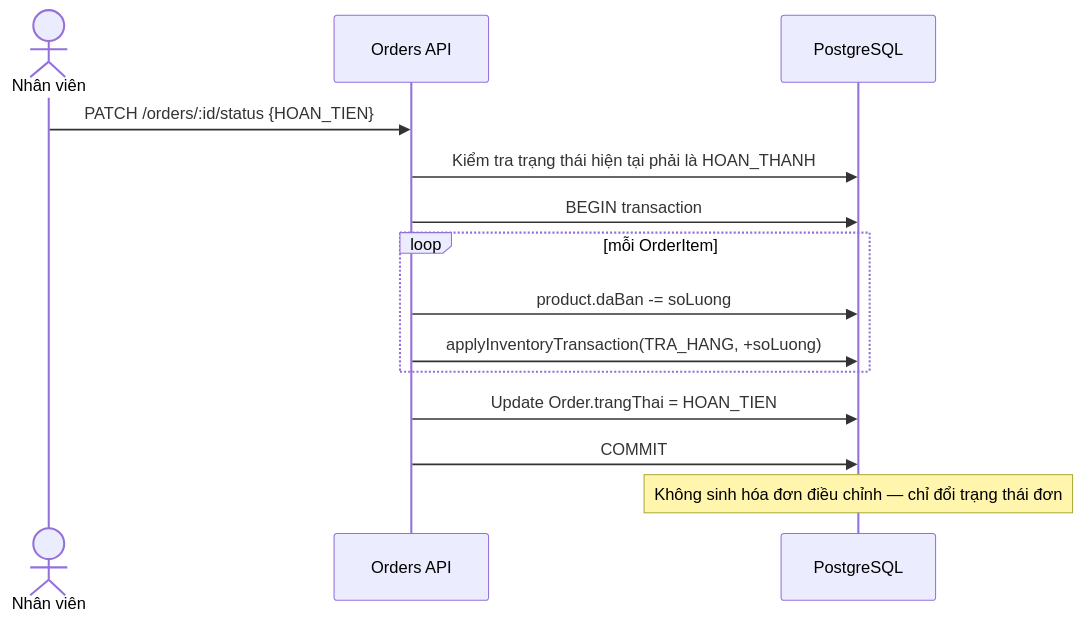
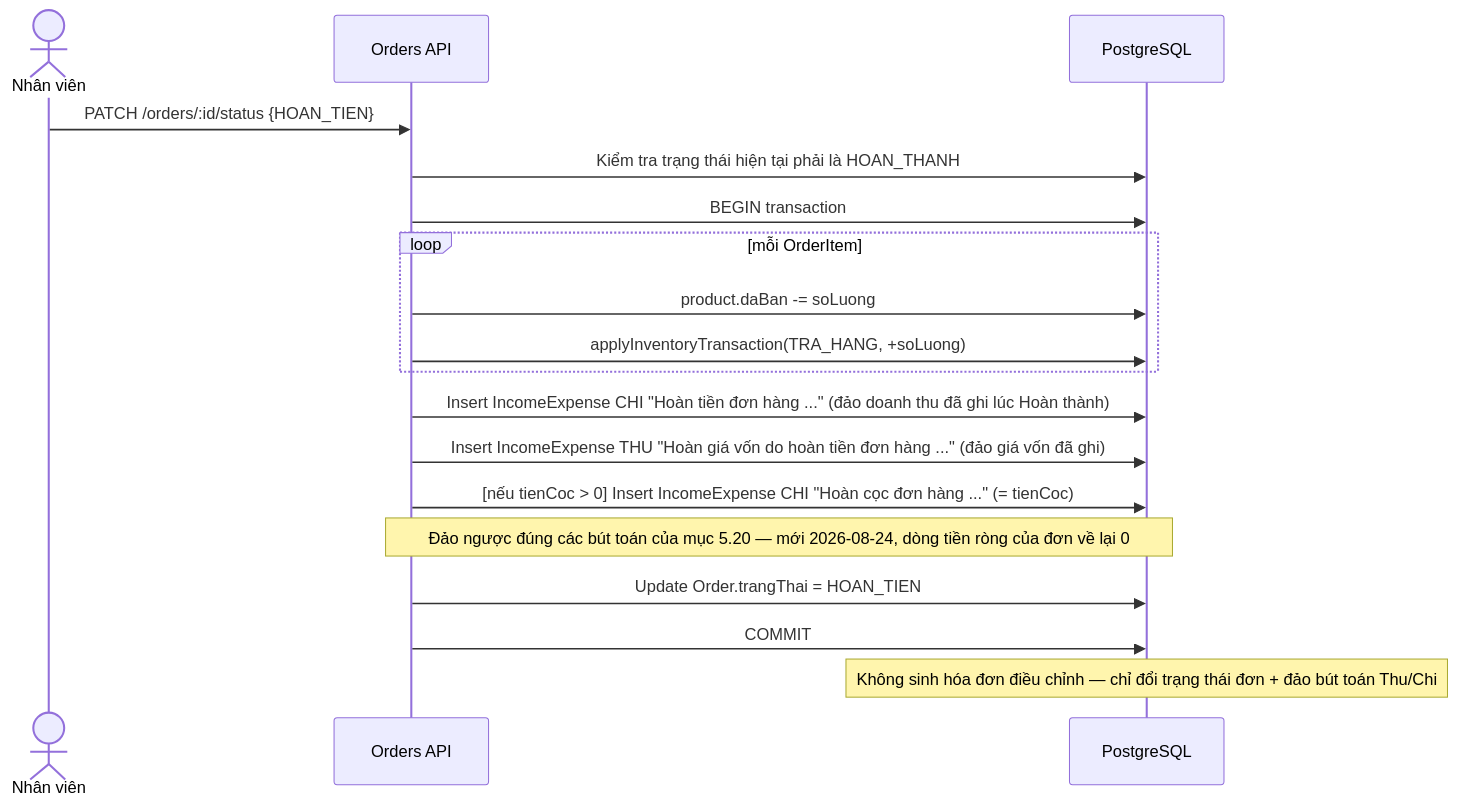
Before and after one commit to HuyLemm/HDHToys: the sixth of 8 diagrams in SDS.md, drawn with Mermaid. The commit also changed other lines of this file and 2 other files, not shown here.

````diff
--- a/SDS.md
+++ b/SDS.md
@@ -833,17 +909,21 @@
 ```mermaid
 sequenceDiagram
     actor NV as Nhân viên
     participant API as Orders API
     participant DB as PostgreSQL
 
     NV->>API: PATCH /orders/:id/status {HOAN_TIEN}
     API->>DB: Kiểm tra trạng thái hiện tại phải là HOAN_THANH
     API->>DB: BEGIN transaction
     loop mỗi OrderItem
         API->>DB: product.daBan -= soLuong
         API->>DB: applyInventoryTransaction(TRA_HANG, +soLuong)
     end
+    API->>DB: Insert IncomeExpense CHI "Hoàn tiền đơn hàng ..." (đảo doanh thu đã ghi lúc Hoàn thành)
+    API->>DB: Insert IncomeExpense THU "Hoàn giá vốn do hoàn tiền đơn hàng ..." (đảo giá vốn đã ghi)
+    API->>DB: [nếu tienCoc > 0] Insert IncomeExpense CHI "Hoàn cọc đơn hàng ..." (= tienCoc)
+    Note over API,DB: Đảo ngược đúng các bút toán của mục 5.20 — mới 2026-08-24, dòng tiền ròng của đơn về lại 0
     API->>DB: Update Order.trangThai = HOAN_TIEN
     API->>DB: COMMIT
-    Note over DB: Không sinh hóa đơn điều chỉnh — chỉ đổi trạng thái đơn
+    Note over DB: Không sinh hóa đơn điều chỉnh — chỉ đổi trạng thái đơn + đảo bút toán Thu/Chi
 ```
````
